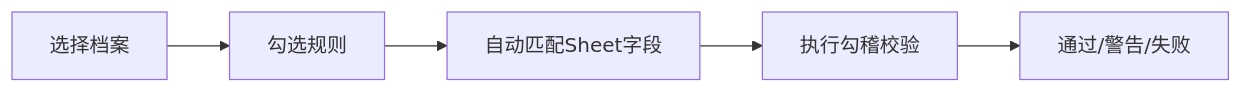
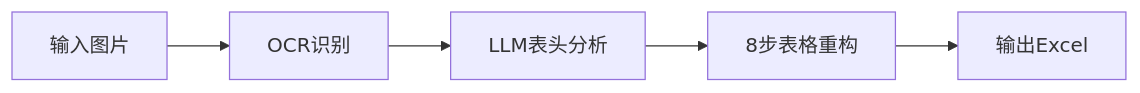
One commit to Willsgao/BankDataViz changed the diagram in README.md. Above: the diagram before and after it, drawn with Mermaid. The commit also changed other lines of this file and 13 other files, not shown here.

Commit message:
feat: 更新README功能演示章节，新增9张产品截图，完善.gitignore排除敏感文件

````diff
--- a/README.md
+++ b/README.md
@@ -28,7 +94,7 @@
 ```mermaid
 flowchart LR
-  A[选择档案] --> B[勾选规则]
-  B --> C[自动匹配Sheet字段]
-  C --> D[执行勾稽校验]
-  D --> E[通过/警告/失败]
+  A[输入图片] --> B[OCR识别]
+  B --> C[LLM表头分析]
+  C --> D[8步表格重构]
+  D --> E[输出Excel]
 ```
````
